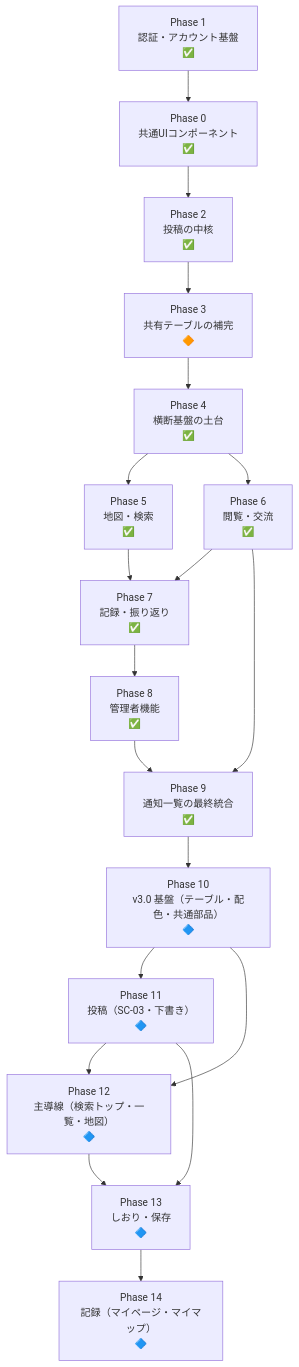
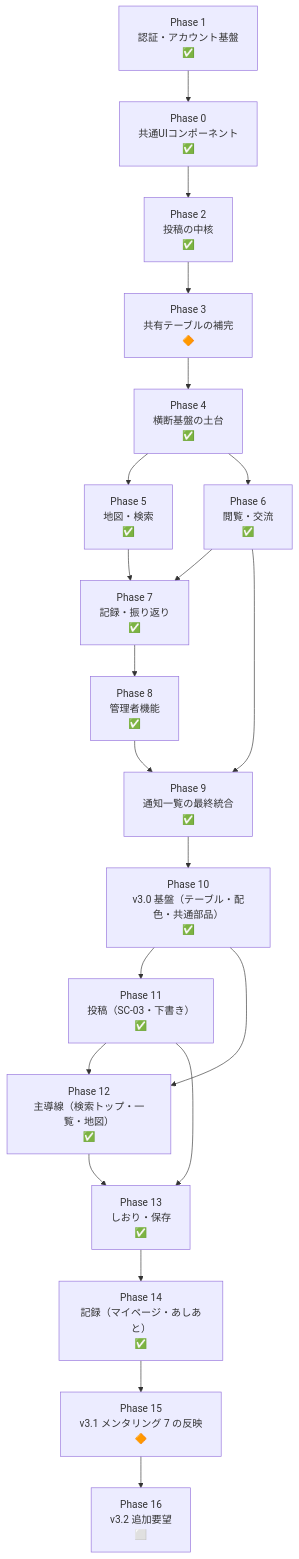
One commit to junito0814/tabikoe changed the diagram in docs/development-order.md. Above: the diagram before and after it, drawn with Mermaid. The commit also changed other lines of this file, not shown here.

Commit message:
docs(development-order): Phase 10〜14 をマージ済みにし、Phase 15（v3.1）・16（v3.2）を Task 単位で記載

````diff
--- a/docs/development-order.md
+++ b/docs/development-order.md
@@ -16,21 +16,23 @@
 ```mermaid
 flowchart TD
     P1["Phase 1\n認証・アカウント基盤\n✅"] --> P0["Phase 0\n共通UIコンポーネント\n✅"]
     P0 --> P2["Phase 2\n投稿の中核\n✅"]
     P2 --> P3["Phase 3\n共有テーブルの補完\n🔶"]
     P3 --> P4["Phase 4\n横断基盤の土台\n✅"]
     P4 --> P5["Phase 5\n地図・検索\n✅"]
     P4 --> P6["Phase 6\n閲覧・交流\n✅"]
     P5 --> P7["Phase 7\n記録・振り返り\n✅"]
     P6 --> P7
     P7 --> P8["Phase 8\n管理者機能\n✅"]
     P6 --> P9["Phase 9\n通知一覧の最終統合\n✅"]
     P8 --> P9
-    P9 --> P10["Phase 10\nv3.0 基盤（テーブル・配色・共通部品）\n🔷"]
-    P10 --> P11["Phase 11\n投稿（SC-03・下書き）\n🔷"]
-    P10 --> P12["Phase 12\n主導線（検索トップ・一覧・地図）\n🔷"]
+    P9 --> P10["Phase 10\nv3.0 基盤（テーブル・配色・共通部品）\n✅"]
+    P10 --> P11["Phase 11\n投稿（SC-03・下書き）\n✅"]
+    P10 --> P12["Phase 12\n主導線（検索トップ・一覧・地図）\n✅"]
     P11 --> P12
-    P11 --> P13["Phase 13\nしおり・保存\n🔷"]
+    P11 --> P13["Phase 13\nしおり・保存\n✅"]
     P12 --> P13
-    P13 --> P14["Phase 14\n記録（マイページ・マイマップ）\n🔷"]
+    P13 --> P14["Phase 14\n記録（マイページ・あしあと）\n✅"]
+    P14 --> P15["Phase 15\nv3.1 メンタリング 7 の反映\n🔶"]
+    P15 --> P16["Phase 16\nv3.2 追加要望\n⬜"]
 ```
````
